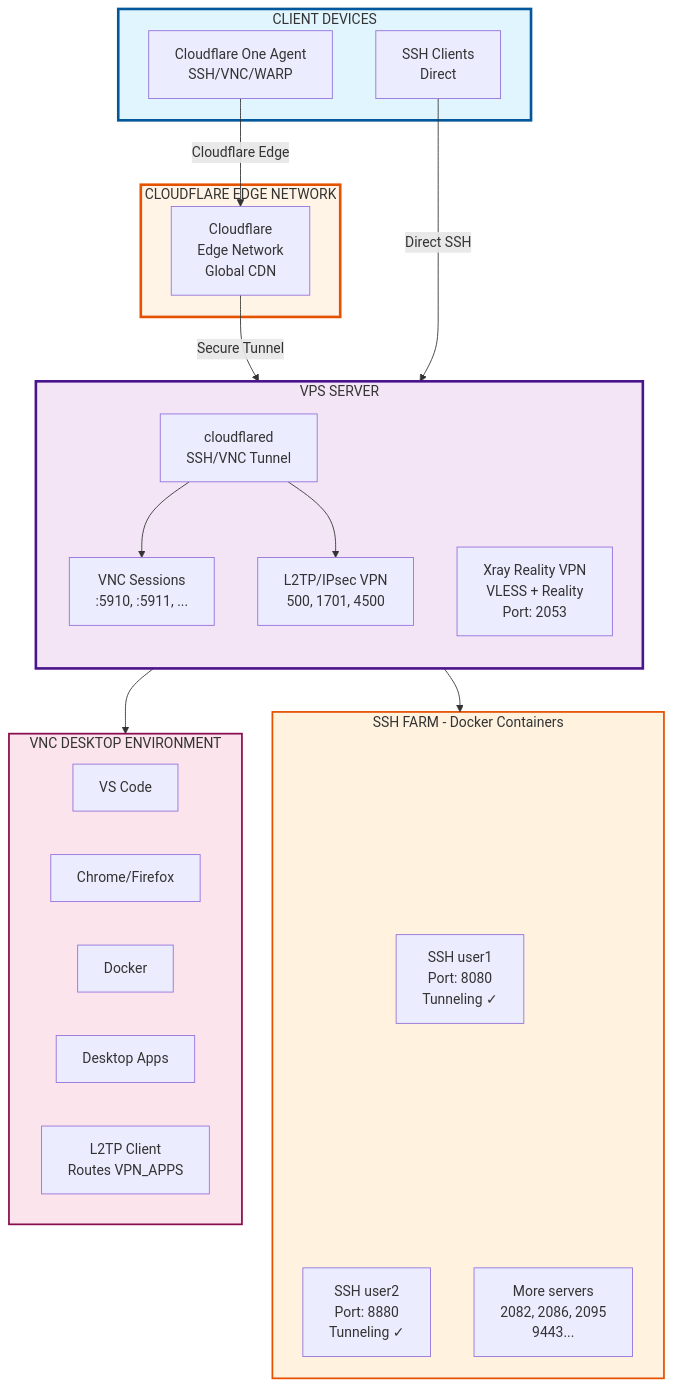
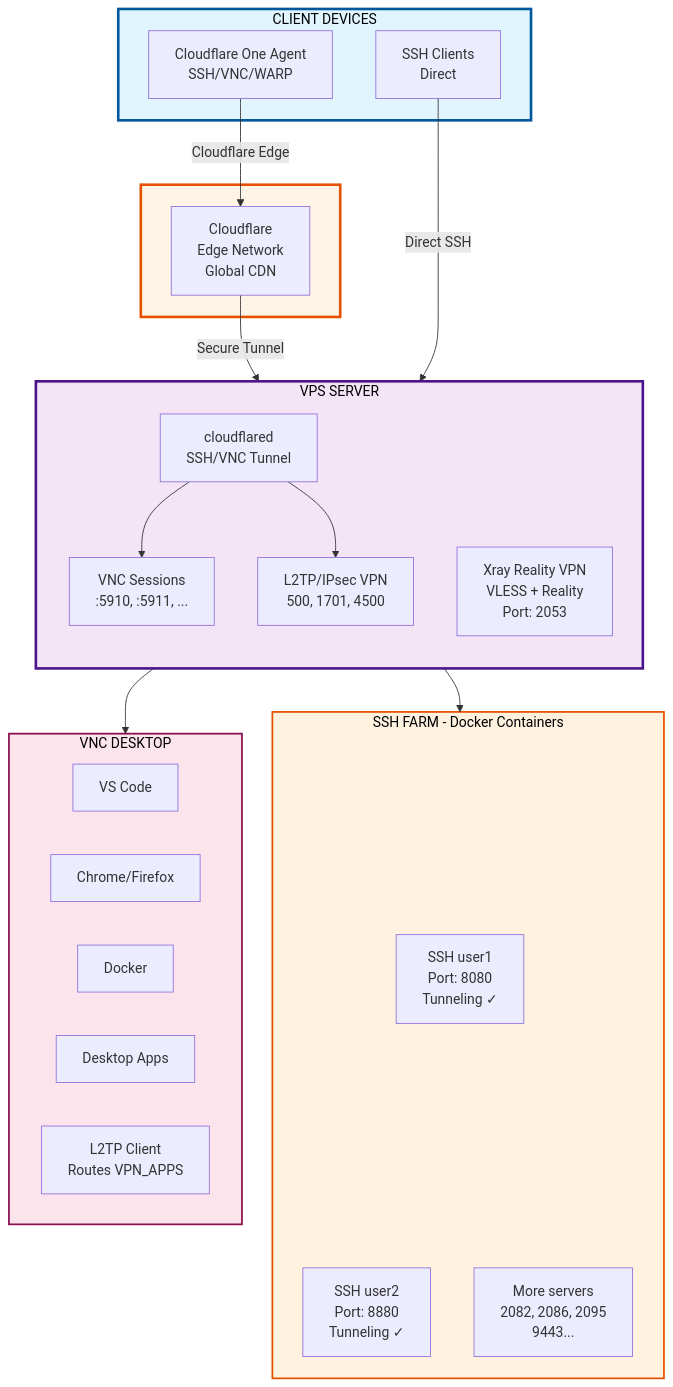
The diagram in README.md (HosseinBeheshti/setupWS), drawn with Mermaid before and after one commit.

Commit message:
Update README: refine Cloudflare Edge and VNC Desktop environment labels in architecture diagram

````diff
--- a/README.md
+++ b/README.md
@@ -16,50 +16,50 @@
 ```mermaid
 flowchart TB
     subgraph CLIENT[" CLIENT DEVICES "]
         CF["Cloudflare One Agent<br/>SSH/VNC/WARP"]
         SSHC["SSH Clients<br/>Direct"]
     end
 
-    subgraph EDGE[" CLOUDFLARE EDGE NETWORK "]
+    subgraph EDGE[" "]
         CFE["Cloudflare<br/>Edge Network<br/>Global CDN"]
     end
 
     subgraph VPS[" VPS SERVER "]
         direction TB
         CFD["cloudflared<br/>SSH/VNC Tunnel"]
         XRAY["Xray Reality VPN<br/>VLESS + Reality<br/>Port: 2053"]
         VNC["VNC Sessions<br/>:5910, :5911, ..."]
         L2TP["L2TP/IPsec VPN<br/>500, 1701, 4500"]
     end
 
     subgraph FARM[" SSH FARM - Docker Containers "]
         SSH1["SSH user1<br/>Port: 8080<br/>Tunneling ✓"]
         SSH2["SSH user2<br/>Port: 8880<br/>Tunneling ✓"]
         SSH3["More servers<br/>2082, 2086, 2095<br/>9443..."]
     end
 
-    subgraph DESKTOP[" VNC DESKTOP ENVIRONMENT "]
+    subgraph DESKTOP[" VNC DESKTOP "]
         VSCODE["VS Code"]
         CHROME["Chrome/Firefox"]
         DOCKER["Docker"]
         APPS["Desktop Apps"]
         ROUTE["L2TP Client<br/>Routes VPN_APPS"]
     end
 
     CF -->|Cloudflare Edge| CFE
     SSHC -->|Direct SSH| VPS
     CFE -->|Secure Tunnel| CFD
     CFD --> VNC
     CFD --> L2TP
     XRAY --> FARM
     VNC --> DESKTOP
     FARM --- SSH1
     FARM --- SSH2
     FARM --- SSH3
 
-    style CLIENT fill:#e1f5ff,stroke:#01579b,stroke-width:3px
-    style EDGE fill:#fff4e6,stroke:#e65100,stroke-width:3px
-    style VPS fill:#f3e5f5,stroke:#4a148c,stroke-width:3px
-    style FARM fill:#fff3e0,stroke:#e65100,stroke-width:2px
-    style DESKTOP fill:#fce4ec,stroke:#880e4f,stroke-width:2px
+    style CLIENT fill:#e1f5ff,stroke:#01579b,stroke-width:3px,color:#000
+    style EDGE fill:#fff4e6,stroke:#e65100,stroke-width:3px,color:#000
+    style VPS fill:#f3e5f5,stroke:#4a148c,stroke-width:3px,color:#000
+    style FARM fill:#fff3e0,stroke:#e65100,stroke-width:2px,color:#000
+    style DESKTOP fill:#fce4ec,stroke:#880e4f,stroke-width:2px,color:#000
 ```
````
